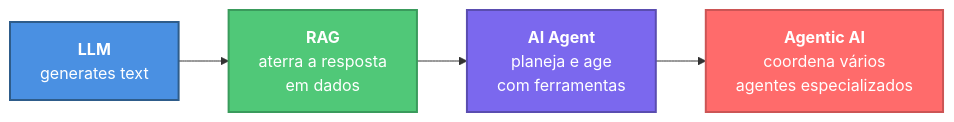
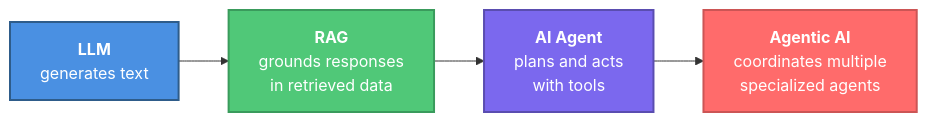
The first of 6 diagrams in references/01-llm-rag-ai-agent-fundamentals.md (fabioharams/hubsp-ai-skill), drawn with Mermaid before and after one commit. The commit also changed other lines of this file and 5 other files, not shown here.

````diff
--- a/references/01-llm-rag-ai-agent-fundamentals.md
+++ b/references/01-llm-rag-ai-agent-fundamentals.md
@@ -7,11 +7,11 @@
 ```mermaid
 flowchart LR
-    A["<b>LLM</b><br/>generates text"] --> B["<b>RAG</b><br/>aterra a resposta<br/>em dados"]
-    B --> C["<b>AI Agent</b><br/>planeja e age<br/>com ferramentas"]
-    C --> D["<b>Agentic AI</b><br/>coordena vários<br/>agentes especializados"]
+    A["<b>LLM</b><br/>generates text"] --> B["<b>RAG</b><br/>grounds responses<br/>in retrieved data"]
+    B --> C["<b>AI Agent</b><br/>plans and acts<br/>with tools"]
+    C --> D["<b>Agentic AI</b><br/>coordinates multiple<br/>specialized agents"]
 
     style A fill:#4A90E2,stroke:#2E5C8A,color:#fff,stroke-width:2px
     style B fill:#50C878,stroke:#3A9B5C,color:#fff,stroke-width:2px
     style C fill:#7B68EE,stroke:#5A4DB0,color:#fff,stroke-width:2px
     style D fill:#FF6B6B,stroke:#CC5555,color:#fff,stroke-width:2px
 ```
````
